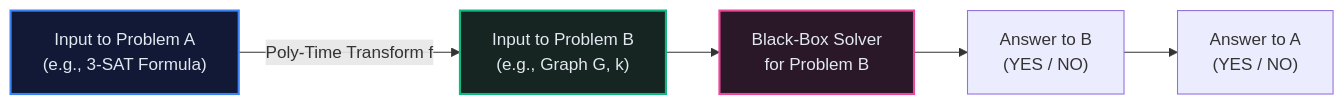
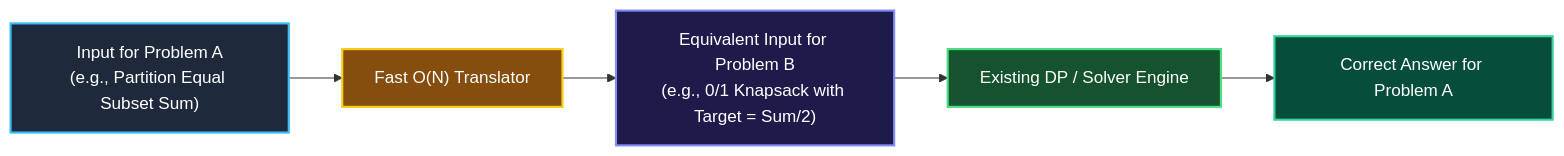
The diagram in 00 - Fundamentals/000 - Theoretical Foundations (The Complete Guide)/06_np_completeness_and_reductions.md (vadde/DSA), drawn with Mermaid before and after one commit. The commit also changed other lines of this file and 14 other files, not shown here.

````diff
--- a/00 - Fundamentals/000 - Theoretical Foundations (The Complete Guide)/06_np_completeness_and_reductions.md
+++ b/00 - Fundamentals/000 - Theoretical Foundations (The Complete Guide)/06_np_completeness_and_reductions.md
@@ -50,11 +33,13 @@
 ```mermaid
 flowchart LR
-    InA["Input to Problem A\n(e.g., 3-SAT Formula)"] -->|"Poly-Time Transform f"| InB["Input to Problem B\n(e.g., Graph G, k)"]
-    InB --> SolverB["Black-Box Solver\nfor Problem B"]
-    SolverB --> OutB["Answer to B\n(YES / NO)"]
-    OutB --> OutA["Answer to A\n(YES / NO)"]
+    InputA["Input for Problem A\n(e.g., Partition Equal Subset Sum)"] --> Trans["Fast O(N) Translator"]
+    Trans --> InputB["Equivalent Input for Problem B\n(e.g., 0/1 Knapsack with Target = Sum/2)"]
+    InputB --> SolverB["Existing DP / Solver Engine"]
+    SolverB --> Output["Correct Answer for Problem A"]
 
-    style InA fill:#111936,color:#e2e8f0,stroke:#3b82f6,stroke-width:2px
-    style InB fill:#162521,color:#e2e8f0,stroke:#10b981,stroke-width:2px
-    style SolverB fill:#2a1829,color:#e2e8f0,stroke:#ec4899,stroke-width:2px
+    style InputA fill:#1e293b,stroke:#38bdf8,stroke-width:2px,color:#fff
+    style Trans fill:#854d0e,stroke:#facc15,stroke-width:2px,color:#fff
+    style InputB fill:#1e1b4b,stroke:#818cf8,stroke-width:2px,color:#fff
+    style SolverB fill:#14532d,stroke:#4ade80,stroke-width:2px,color:#fff
+    style Output fill:#064e3b,stroke:#34d399,stroke-width:2px,color:#fff
 ```
````
